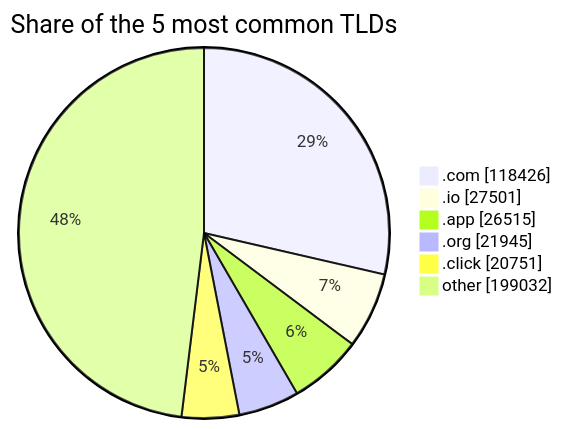
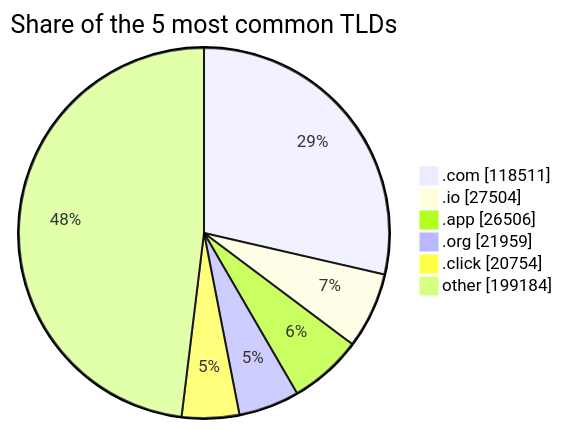
One commit to DNSBunker/CTI changed the third of 3 diagrams in README.md. Above: the diagram before and after it, drawn with Mermaid. The commit also changed other lines of this file and 3 other files, not shown here.

````diff
--- a/README.md
+++ b/README.md
@@ -81,9 +81,9 @@
 ```mermaid
 pie showData title Share of the 5 most common TLDs
-    ".com" : 118426
-    ".io" : 27501
-    ".app" : 26515
-    ".org" : 21945
-    ".click" : 20751
-    "other" : 199032
+    ".com" : 118511
+    ".io" : 27504
+    ".app" : 26506
+    ".org" : 21959
+    ".click" : 20754
+    "other" : 199184
 ```
````
